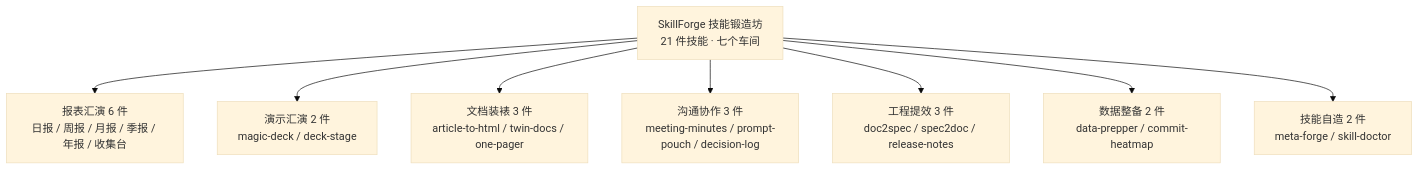
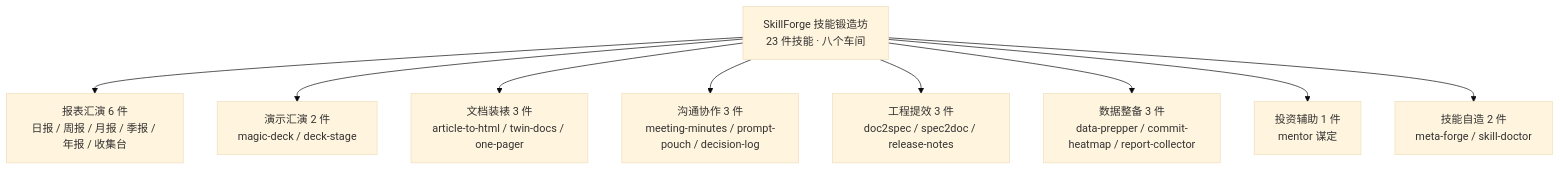
The first of 2 diagrams in docs/articles/csdn-skillforge-21-skills.md (windfallsheng/SkillForge), drawn with Mermaid (base theme) before and after one commit. The commit also changed other lines of this file and 23 other files, not shown here.

````diff
--- a/docs/articles/csdn-skillforge-21-skills.md
+++ b/docs/articles/csdn-skillforge-21-skills.md
@@ -22,11 +22,12 @@
 ```mermaid
 graph TB
-    SF[SkillForge 技能锻造坊<br/>21 件技能 · 七个车间]
+    SF[SkillForge 技能锻造坊<br/>23 件技能 · 八个车间]
     SF --> A[报表汇演 6 件<br/>日报 / 周报 / 月报 / 季报 / 年报 / 收集台]
     SF --> B[演示汇演 2 件<br/>magic-deck / deck-stage]
     SF --> C[文档装裱 3 件<br/>article-to-html / twin-docs / one-pager]
     SF --> D[沟通协作 3 件<br/>meeting-minutes / prompt-pouch / decision-log]
     SF --> E[工程提效 3 件<br/>doc2spec / spec2doc / release-notes]
-    SF --> F[数据整备 2 件<br/>data-prepper / commit-heatmap]
-    SF --> G[技能自造 2 件<br/>meta-forge / skill-doctor]
+    SF --> F[数据整备 3 件<br/>data-prepper / commit-heatmap / report-collector]
+    SF --> G[投资辅助 1 件<br/>mentor 谋定]
+    SF --> H[技能自造 2 件<br/>meta-forge / skill-doctor]
 ```
````
